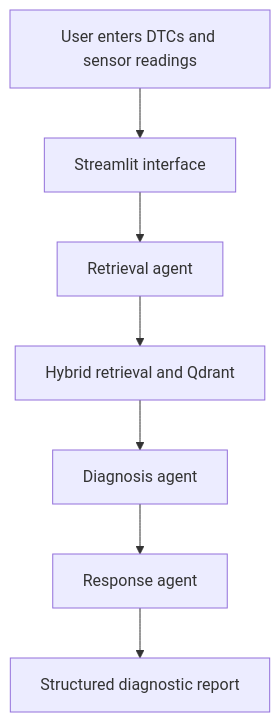
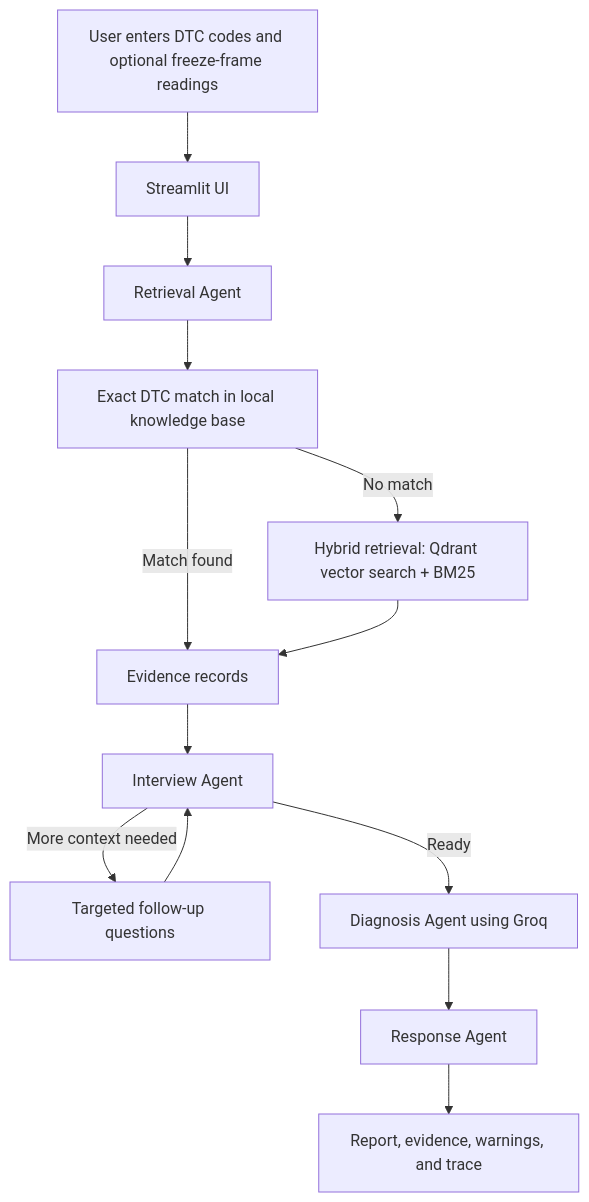
Before and after one commit to WhitePanda9/AutoDiag-AI: the diagram in README.md, drawn with Mermaid. The commit also changed other lines of this file and 10 other files, not shown here.

Commit message:
Add evidence-based diagnostic investigation flow

````diff
--- a/README.md
+++ b/README.md
@@ -32,12 +18,15 @@
 ```mermaid
 flowchart TD
-    A[User enters DTCs and sensor readings]
-    B[Streamlit interface]
-    C[Retrieval agent]
-    D[Hybrid retrieval and Qdrant]
-    E[Diagnosis agent]
-    F[Response agent]
-    G[Structured diagnostic report]
-
-    A --> B --> C --> D --> E --> F --> G
+    A[User enters DTC codes and optional freeze-frame readings] --> B[Streamlit UI]
+    B --> C[Retrieval Agent]
+    C --> D[Exact DTC match in local knowledge base]
+    D -->|Match found| E[Evidence records]
+    D -->|No match| F[Hybrid retrieval: Qdrant vector search + BM25]
+    F --> E
+    E --> G[Interview Agent]
+    G -->|More context needed| H[Targeted follow-up questions]
+    H --> G
+    G -->|Ready| I[Diagnosis Agent using Groq]
+    I --> J[Response Agent]
+    J --> K[Report, evidence, warnings, and trace]
 ```
````
